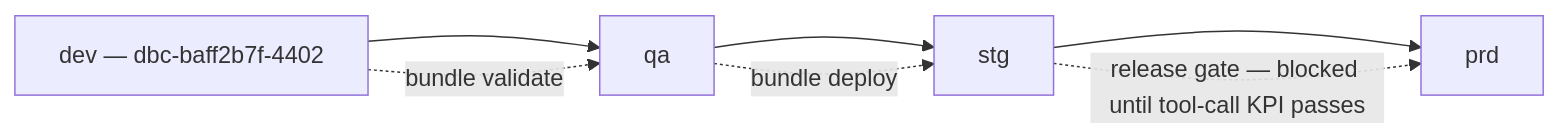
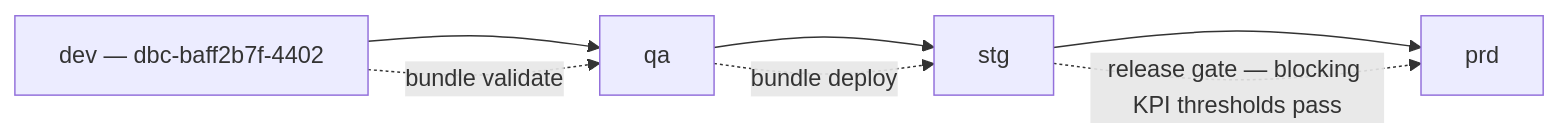
The first of 3 diagrams in docs/architecture/design-artifacts/05-deployment-high-level.md (wchen-dea/Governed-Multi-Agent-Intelligence-on-Databricks), drawn with Mermaid before and after one commit. The commit also changed 114 other files, not shown here.

````diff
--- a/docs/architecture/design-artifacts/05-deployment-high-level.md
+++ b/docs/architecture/design-artifacts/05-deployment-high-level.md
@@ -7,10 +7,10 @@
 ```mermaid
 flowchart LR
     Dev[dev — dbc-baff2b7f-4402] --> QA[qa]
     QA --> STG[stg]
     STG --> PRD[prd]
 
     Dev -. bundle validate .-> QA
     QA -. bundle deploy .-> STG
-    STG -. release gate — blocked until tool-call KPI passes .-> PRD
+    STG -. release gate — blocking KPI thresholds pass .-> PRD
 ```
````
